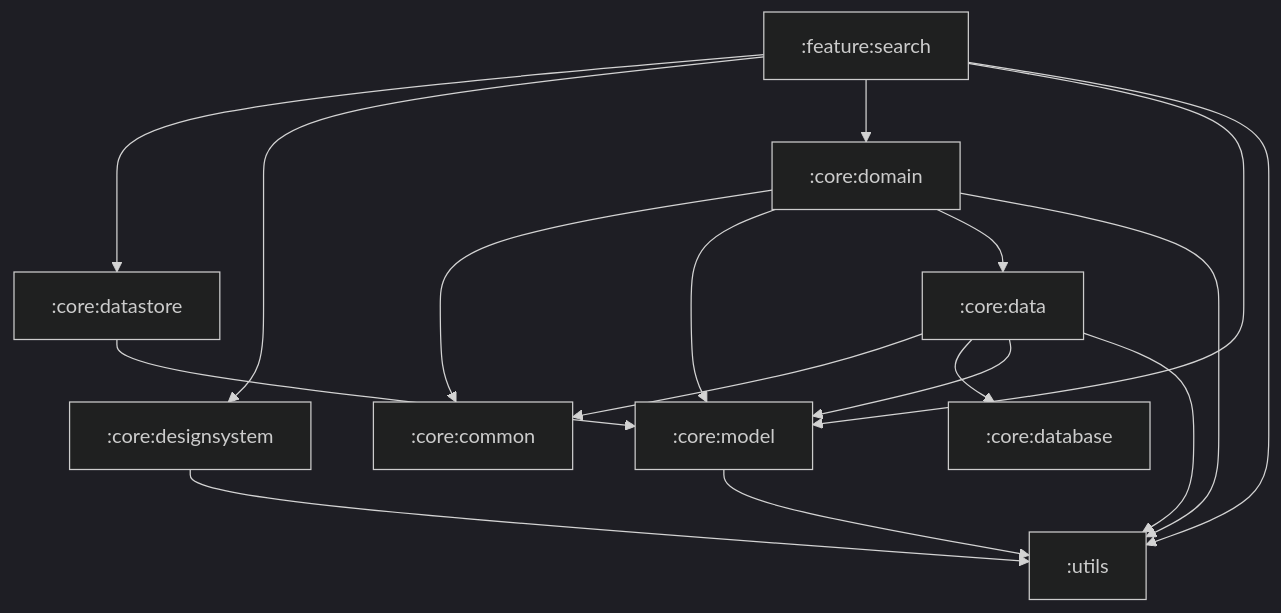
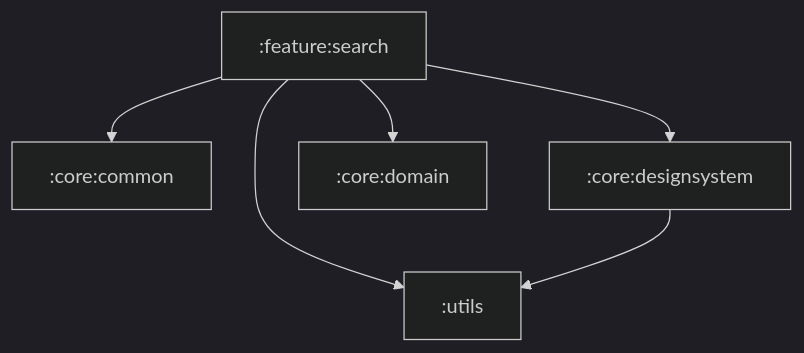
One commit to HakusFactory/hakusfactory.github.io changed the diagram in module/feature/search.md. Above: the diagram before and after it, drawn with Mermaid (dark theme). The commit also changed 12 other files, not shown here.

````diff
--- a/module/feature/search.md
+++ b/module/feature/search.md
@@ -3,35 +3,18 @@
 ```mermaid
 flowchart TD
 search[:feature:search]
 
-search --> datastore
+search --> common
 search --> designsystem
 search --> domain
-search --> model
 search --> utils
+
+common[:core:common]
 
 designsystem[:core:designsystem]
 designsystem --> utils
 
 domain[:core:domain]
-domain --> common
-domain --> model
-domain --> data
-domain --> utils
-
-model[:core:model]
-model --> utils
-
-data[:core:data]
-data --> common
-data --> database
-data --> model
-data --> utils
-
-datastore[:core:datastore]
-datastore --> model
 
 utils[:utils]
-database[:core:database]
-common[:core:common]
 ```
````
